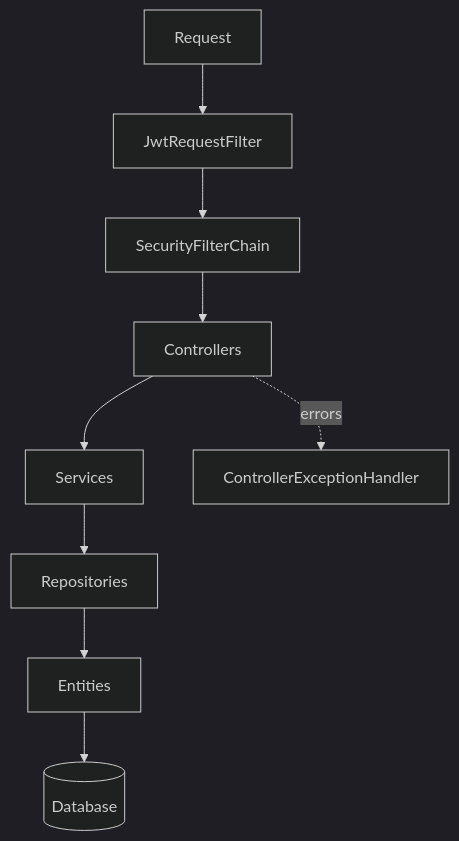
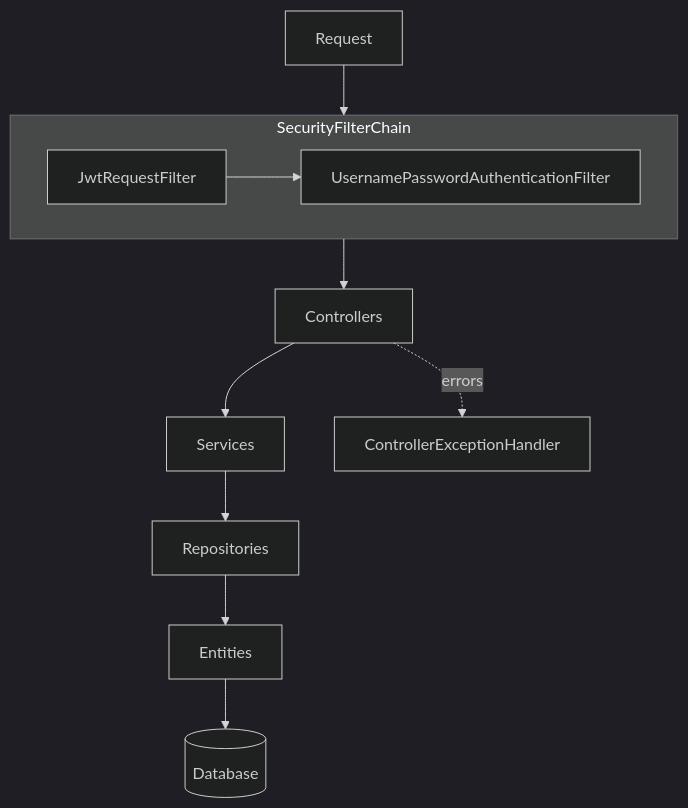
The diagram in docs/architecture/README.md (ohbus/twitter-backend-java), drawn with Mermaid (dark theme) before and after one commit. The commit also changed 9 other files, not shown here.

Commit message:
docs: correct setup and architecture guidance

````diff
--- a/docs/architecture/README.md
+++ b/docs/architecture/README.md
@@ -12,11 +12,13 @@
 ```mermaid
 flowchart TD
-    Request --> JwtRequestFilter
-    JwtRequestFilter --> SecurityFilterChain
-    SecurityFilterChain --> Controllers
+    Request --> Chain
+    subgraph Chain[SecurityFilterChain]
+        JwtRequestFilter --> UsernamePasswordAuthenticationFilter
+    end
+    Chain --> Controllers
     Controllers --> Services
     Services --> Repositories
     Repositories --> Entities
     Entities --> DB[(Database)]
     Controllers -. errors .-> Advice[ControllerExceptionHandler]
 ```
````
